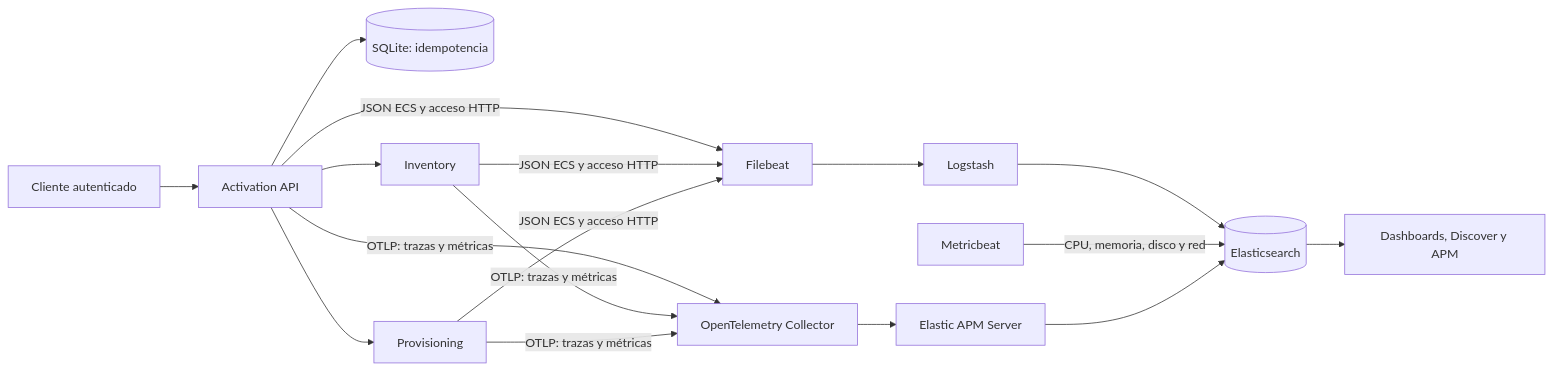
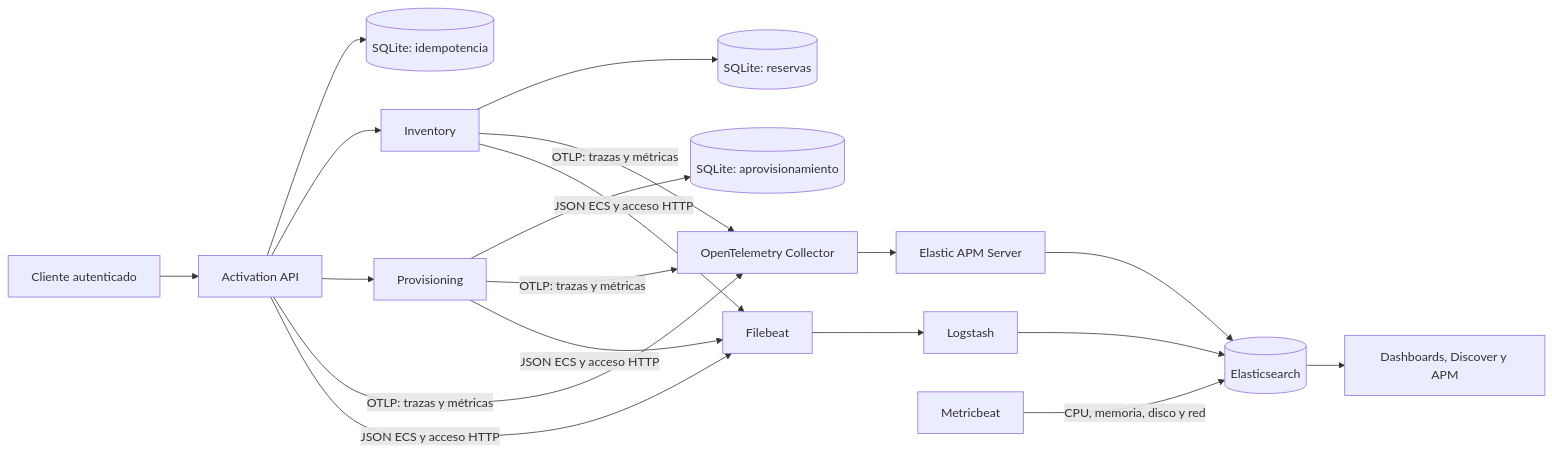
Before and after one commit to jorgefprietol/distributed-observability-platform: the diagram in README.md, drawn with Mermaid. The commit also changed other lines of this file and 14 other files, not shown here.

````diff
--- a/README.md
+++ b/README.md
@@ -11,15 +11,17 @@
 ```mermaid
 flowchart LR
     Client[Cliente autenticado] --> API[Activation API]
     API --> DB[(SQLite: idempotencia)]
     API --> Inventory[Inventory]
     API --> Provisioning[Provisioning]
+    Inventory --> InventoryDB[(SQLite: reservas)]
+    Provisioning --> ProvisioningDB[(SQLite: aprovisionamiento)]
     API & Inventory & Provisioning -->|OTLP: trazas y métricas| Collector[OpenTelemetry Collector]
     Collector --> APM[Elastic APM Server]
     API & Inventory & Provisioning -->|JSON ECS y acceso HTTP| Filebeat
     Filebeat --> Logstash
     Logstash --> ES[(Elasticsearch)]
     Metricbeat -->|CPU, memoria, disco y red| ES
     APM --> ES
     ES --> Kibana[Dashboards, Discover y APM]
 ```
````
